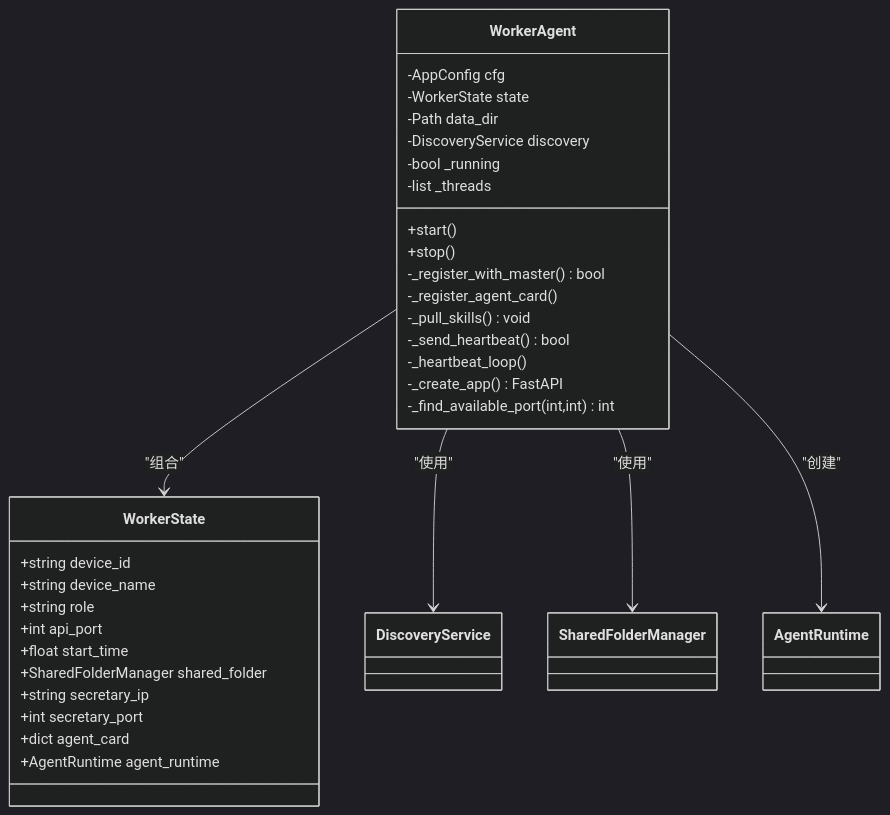
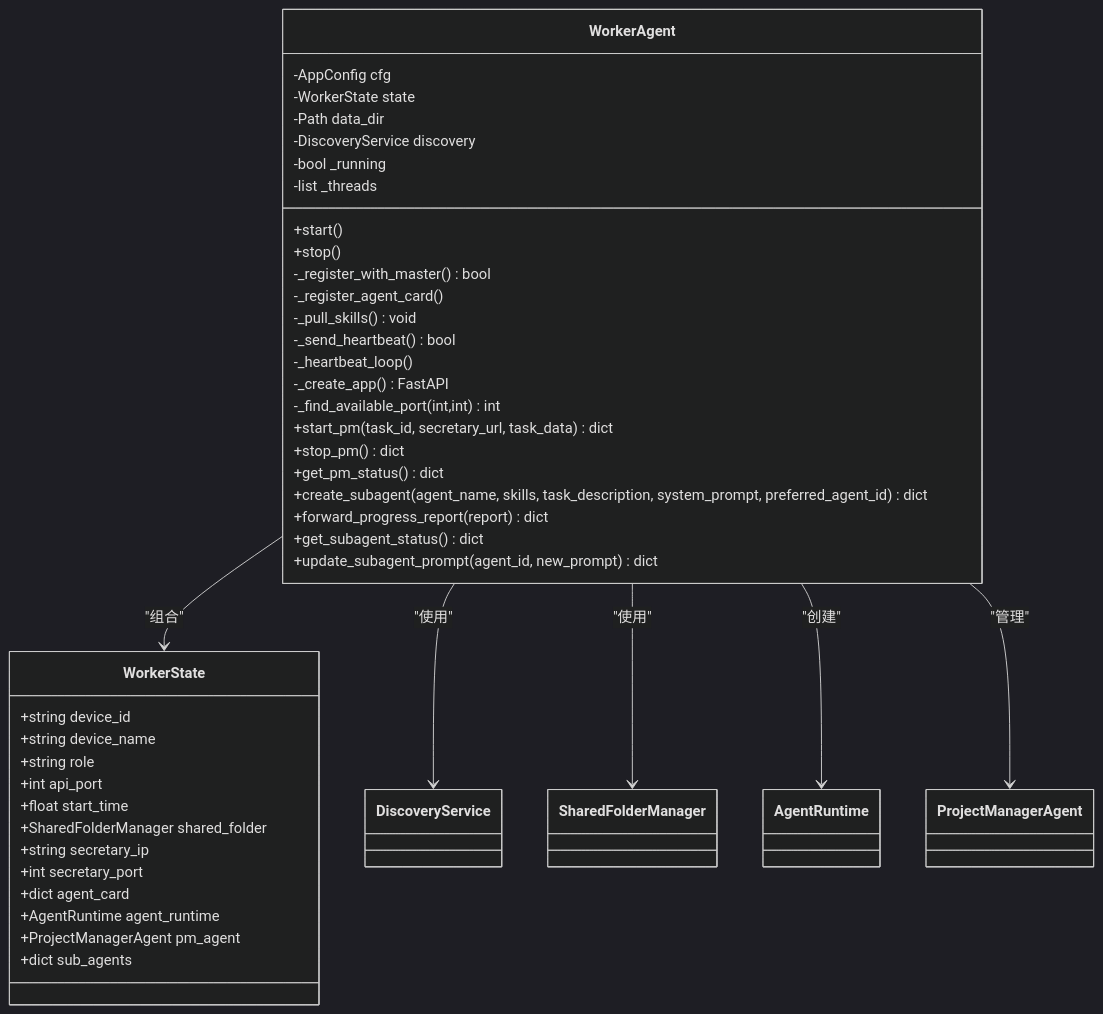
The third of 14 diagrams in .qoder/repowiki/zh/content/架构设计/Worker 代理/Worker 代理.md (targalian/Personal-distributed-workstation), drawn with Mermaid (dark theme) before and after one commit. The commit also changed other lines of this file and 60 other files, not shown here.

````diff
--- a/.qoder/repowiki/zh/content/架构设计/Worker 代理/Worker 代理.md
+++ b/.qoder/repowiki/zh/content/架构设计/Worker 代理/Worker 代理.md
@@ -178,36 +213,46 @@
 ```mermaid
 classDiagram
 class WorkerState {
 +string device_id
 +string device_name
 +string role
 +int api_port
 +float start_time
 +SharedFolderManager shared_folder
 +string secretary_ip
 +int secretary_port
 +dict agent_card
 +AgentRuntime agent_runtime
++ProjectManagerAgent pm_agent
++dict sub_agents
 }
 class WorkerAgent {
 -AppConfig cfg
 -WorkerState state
 -Path data_dir
 -DiscoveryService discovery
 -bool _running
 -list _threads
 +start()
 +stop()
 -_register_with_master() bool
 -_register_agent_card()
 -_pull_skills() void
 -_send_heartbeat() bool
 -_heartbeat_loop()
 -_create_app() FastAPI
 -_find_available_port(int,int) int
++start_pm(task_id, secretary_url, task_data) dict
++stop_pm() dict
++get_pm_status() dict
++create_subagent(agent_name, skills, task_description, system_prompt, preferred_agent_id) dict
++forward_progress_report(report) dict
++get_subagent_status() dict
++update_subagent_prompt(agent_id, new_prompt) dict
 }
 WorkerAgent --> WorkerState : "组合"
 WorkerAgent --> DiscoveryService : "使用"
 WorkerAgent --> SharedFolderManager : "使用"
 WorkerAgent --> AgentRuntime : "创建"
+WorkerAgent --> ProjectManagerAgent : "管理"
 ```
````
